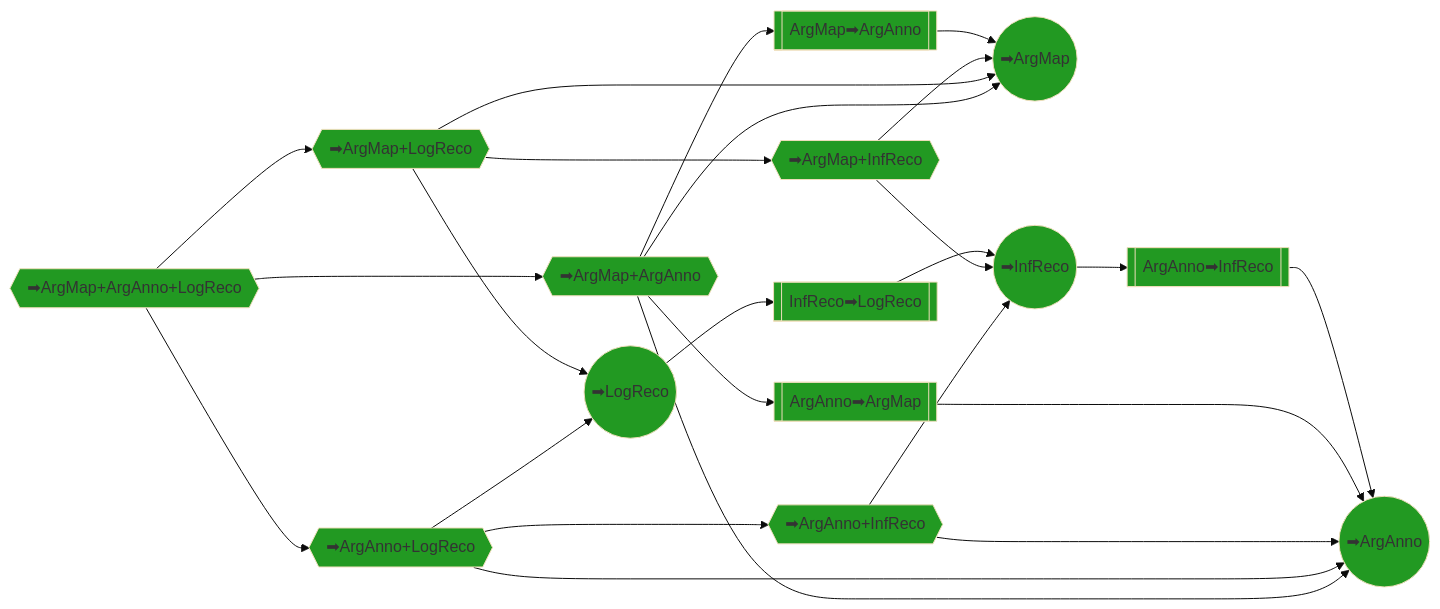
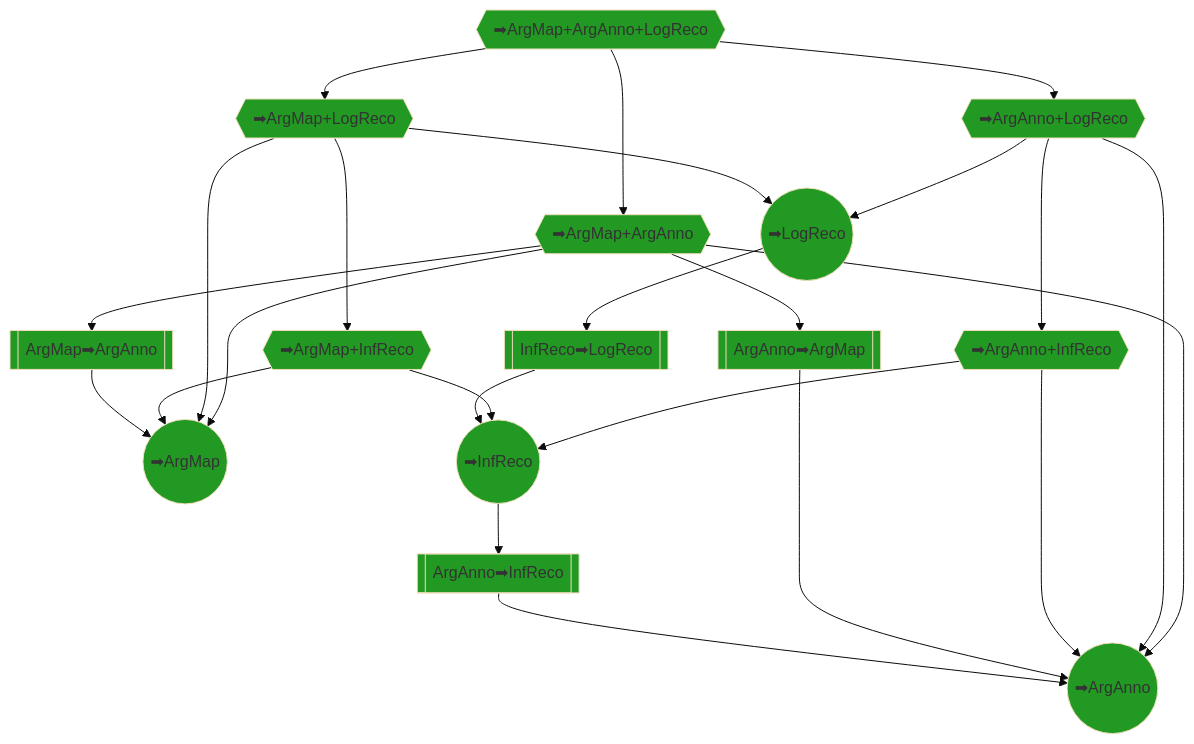
The third of 3 diagrams in src/argdown_feedback/tasks/README.md (debatelab/argdown-feedback), drawn with Mermaid (base theme) before and after one commit. The commit also changed other lines of this file, not shown here.

````diff
--- a/src/argdown_feedback/tasks/README.md
+++ b/src/argdown_feedback/tasks/README.md
@@ -49,54 +81,54 @@
 ```mermaid
-flowchart LR
+flowchart TB
 
 %%Top comprehensive tasks%%
 
 
 T1{{➡ArgMap+ArgAnno+LogReco}}
 
 T2{{➡ArgMap+ArgAnno}}
 T3{{➡ArgAnno+LogReco}}
 T4{{➡ArgMap+LogReco}}
 T9{{➡ArgAnno+InfReco}}
 T10{{➡ArgMap+InfReco}}
 
 T5((➡ArgMap))
 T6((➡ArgAnno))
 T7((➡LogReco))
 T8((➡InfReco))
 
 T1 --> T2 
 T1 --> T3 --> T9
 T1 --> T4 --> T10
 
 T2 --> T5
 T2 --> T6
 T3 --> T6
 T3 --> T7
 T4 --> T5
 T4 --> T7
 T9 --> T6
 T9 --> T8
 T10 --> T5
 T10 --> T8
 
 SE1[[ArgAnno➡ArgMap]]
 T2 --> SE1 --> T6
 
 SE2[[ArgMap➡ArgAnno]]
 T2 --> SE2 --> T5
 
 %%Logical reconstruction exercises%%
 
 SE3[[ArgAnno➡InfReco]]
 T8 --> SE3 --> T6
 
 
 SE4[[InfReco➡LogReco]]
 T7 --> SE4 --> T8
 
 classDef Completed fill:#292;
 class T1,T2,T3,T4,T5,T6,T7,T8,T9,T10,SE1,SE2,SE3,SE4 Completed;
 
 
 ```
````
